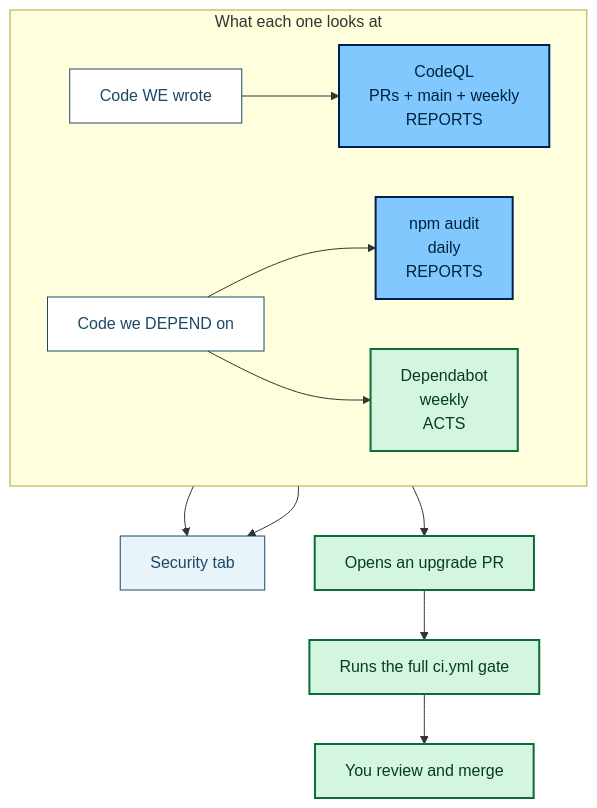
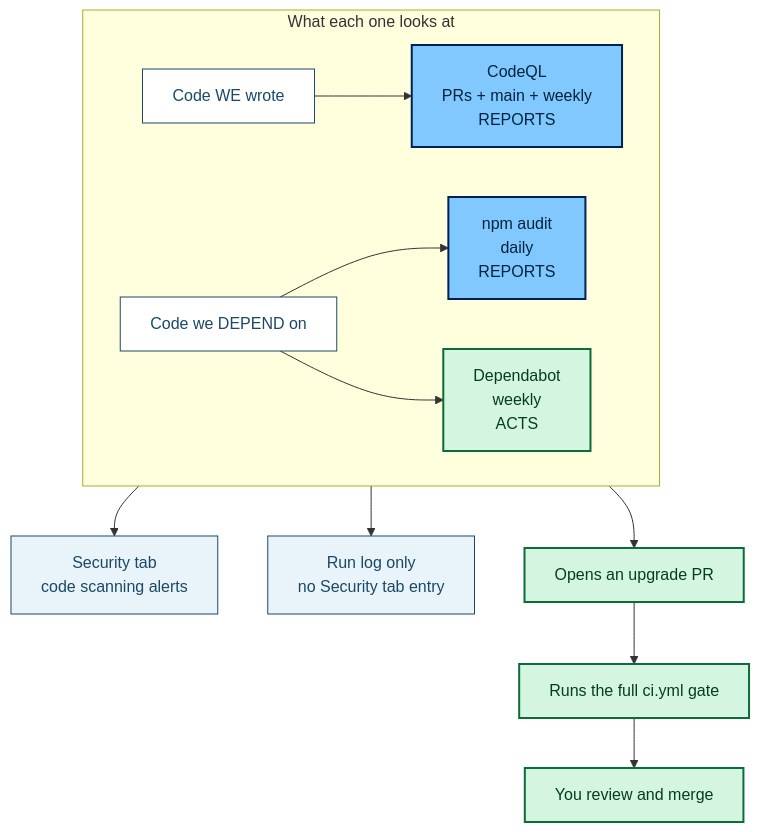
The seventh of 12 diagrams in docs/ci-map.md (acmpsu/acm-website), drawn with Mermaid before and after one commit. The commit also changed other lines of this file and 14 other files, not shown here.

````diff
--- a/docs/ci-map.md
+++ b/docs/ci-map.md
@@ -227,25 +218,25 @@
 ```mermaid
 flowchart TB
     subgraph WHAT["What each one looks at"]
         direction LR
         O["Code WE wrote"] --> QL["CodeQL<br/>PRs + main + weekly<br/>REPORTS"]
         D1["Code we DEPEND on"] --> AUD["npm audit<br/>daily<br/>REPORTS"]
         D1 --> DB["Dependabot<br/>weekly<br/>ACTS"]
     end
 
-    QL --> TAB["Security tab"]
-    AUD --> TAB
+    QL --> TAB["Security tab<br/>code scanning alerts"]
+    AUD --> LOG["Run log only<br/>no Security tab entry"]
     DB --> PR["Opens an upgrade PR"]
     PR --> CI["Runs the full ci.yml gate"]
     CI --> REV["You review and merge"]
 
     classDef src fill:#ffffff,stroke:#1c4866,stroke-width:1px,color:#1c4866
     classDef tool fill:#80c8fe,stroke:#002052,stroke-width:2px,color:#00243f
     classDef act fill:#d4f5e0,stroke:#0b6b3a,stroke-width:2px,color:#063d21
     classDef info fill:#e8f4fa,stroke:#1c4866,stroke-width:1px,color:#1c4866
     class O,D1 src
     class QL,AUD tool
     class DB act
-    class TAB info
+    class TAB,LOG info
     class PR,CI,REV act
 ```
````
